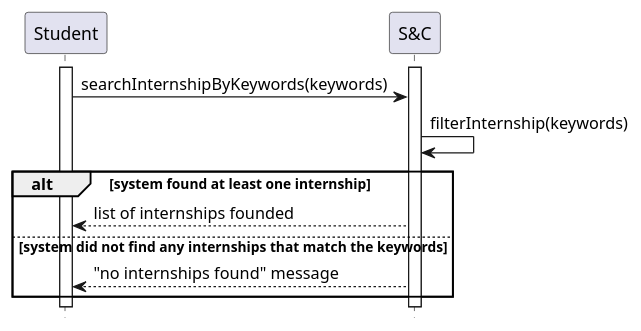
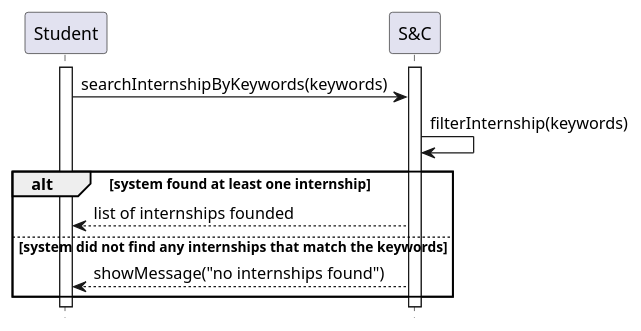
Before and after one commit to matti8702/R_and_DD_project_SE2: the diagram in RASD/Specific_requirements/uml_diagrams/UC8_diagram.puml, drawn with PlantUML. The commit also changed 7 other files, not shown here.

Commit message:
refactor: introduce showError and showMessage functions in sequence diagrams

```diff
--- a/RASD/Specific_requirements/uml_diagrams/UC8_diagram.puml
+++ b/RASD/Specific_requirements/uml_diagrams/UC8_diagram.puml
@@ -1,16 +1,16 @@
 @startuml UC8_diagram
 hide footbox
 
 participant "Student" as ST
 participant "S&C" AS S
 
 activate ST
 activate S
 ST -> S: searchInternshipByKeywords(keywords)
 S -> S: filterInternship(keywords)
 alt system found at least one internship
     S --> ST: list of internships founded
 else system did not find any internships that match the keywords
-    S --> ST: "no internships found" message
+    S --> ST: showMessage("no internships found")
 end
 @enduml
```
